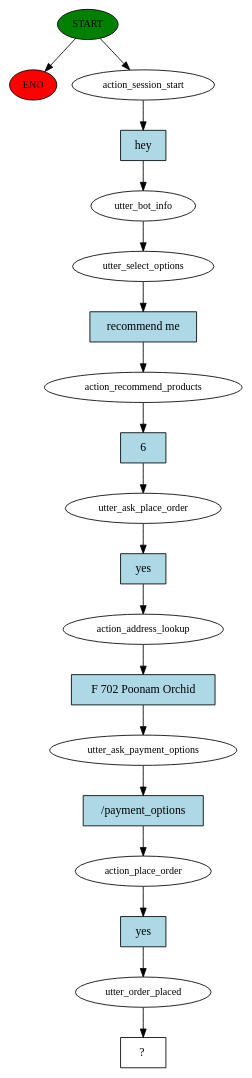
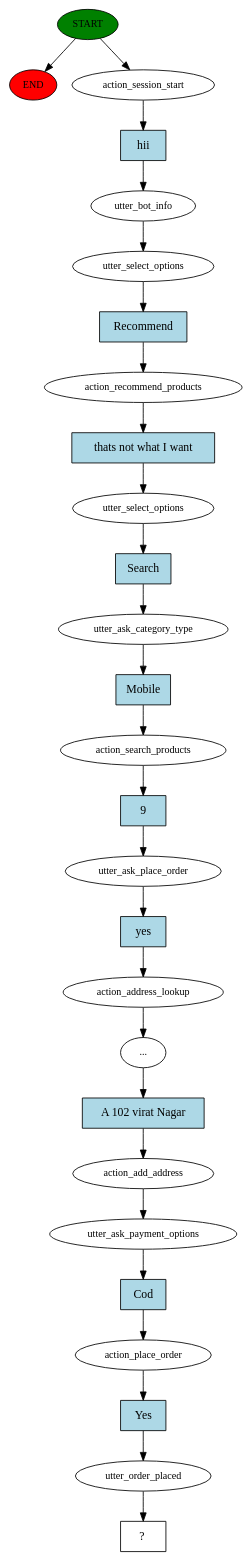
Before and after one commit to hrushikesh009/ChatBot: the diagram in story_graph.dot, drawn with Graphviz. The commit also changed 8 other files, not shown here.

```diff
--- a/story_graph.dot
+++ b/story_graph.dot
@@ -1,39 +1,55 @@
 digraph  {
 0 [class="start active", fillcolor=green, fontsize=12, label=START, style=filled];
 "-1" [class=end, fillcolor=red, fontsize=12, label=END, style=filled];
 1 [class=active, fontsize=12, label=action_session_start];
 2 [class=active, fontsize=12, label=utter_bot_info];
 3 [class=active, fontsize=12, label=utter_select_options];
 4 [class=active, fontsize=12, label=action_recommend_products];
-5 [class=active, fontsize=12, label=utter_ask_place_order];
-6 [class=active, fontsize=12, label=action_address_lookup];
-7 [class=active, fontsize=12, label=utter_ask_payment_options];
-8 [class=active, fontsize=12, label=action_place_order];
-9 [class=active, fontsize=12, label=utter_order_placed];
-10 [class="intent dashed active", label="  ?  ", shape=rect];
-11 [class="intent active", fillcolor=lightblue, label=hey, shape=rect, style=filled];
-12 [class="intent active", fillcolor=lightblue, label="recommend me", shape=rect, style=filled];
-13 [class="intent active", fillcolor=lightblue, label=6, shape=rect, style=filled];
-14 [class="intent active", fillcolor=lightblue, label=yes, shape=rect, style=filled];
-15 [class="intent active", fillcolor=lightblue, label="F 702 Poonam Orchid", shape=rect, style=filled];
-16 [class="intent active", fillcolor=lightblue, label="/payment_options", shape=rect, style=filled];
-17 [class="intent active", fillcolor=lightblue, label=yes, shape=rect, style=filled];
+5 [class=active, fontsize=12, label=utter_select_options];
+6 [class=active, fontsize=12, label=utter_ask_category_type];
+7 [class=active, fontsize=12, label=action_search_products];
+8 [class=active, fontsize=12, label=utter_ask_place_order];
+9 [class=active, fontsize=12, label=action_address_lookup];
+10 [class=active, fontsize=12, label="..."];
+11 [class=active, fontsize=12, label=action_add_address];
+12 [class=active, fontsize=12, label=utter_ask_payment_options];
+13 [class=active, fontsize=12, label=action_place_order];
+14 [class=active, fontsize=12, label=utter_order_placed];
+15 [class="intent dashed active", label="  ?  ", shape=rect];
+16 [class="intent active", fillcolor=lightblue, label=hii, shape=rect, style=filled];
+17 [class="intent active", fillcolor=lightblue, label=Recommend, shape=rect, style=filled];
+18 [class="intent active", fillcolor=lightblue, label="thats not what I want", shape=rect, style=filled];
+19 [class="intent active", fillcolor=lightblue, label=Search, shape=rect, style=filled];
+20 [class="intent active", fillcolor=lightblue, label=Mobile, shape=rect, style=filled];
+21 [class="intent active", fillcolor=lightblue, label=9, shape=rect, style=filled];
+22 [class="intent active", fillcolor=lightblue, label=yes, shape=rect, style=filled];
+23 [class="intent active", fillcolor=lightblue, label="A 102 virat Nagar", shape=rect, style=filled];
+24 [class="intent active", fillcolor=lightblue, label=Cod, shape=rect, style=filled];
+25 [class="intent active", fillcolor=lightblue, label=Yes, shape=rect, style=filled];
 0 -> "-1"  [class="", key=NONE, label=""];
 0 -> 1  [class=active, key=NONE, label=""];
-1 -> 11  [class=active, key=0];
+1 -> 16  [class=active, key=0];
 2 -> 3  [class=active, key=NONE, label=""];
-3 -> 12  [class=active, key=0];
-4 -> 13  [class=active, key=0];
-5 -> 14  [class=active, key=0];
-6 -> 15  [class=active, key=0];
-7 -> 16  [class=active, key=0];
-8 -> 17  [class=active, key=0];
+3 -> 17  [class=active, key=0];
+4 -> 18  [class=active, key=0];
+5 -> 19  [class=active, key=0];
+6 -> 20  [class=active, key=0];
+7 -> 21  [class=active, key=0];
+8 -> 22  [class=active, key=0];
 9 -> 10  [class=active, key=NONE, label=""];
-11 -> 2  [class=active, key=0];
-12 -> 4  [class=active, key=0];
-13 -> 5  [class=active, key=0];
-14 -> 6  [class=active, key=0];
-15 -> 7  [class=active, key=0];
-16 -> 8  [class=active, key=0];
-17 -> 9  [class=active, key=0];
+10 -> 23  [class=active, key=0];
+11 -> 12  [class=active, key=NONE, label=""];
+12 -> 24  [class=active, key=0];
+13 -> 25  [class=active, key=0];
+14 -> 15  [class=active, key=NONE, label=""];
+16 -> 2  [class=active, key=0];
+17 -> 4  [class=active, key=0];
+18 -> 5  [class=active, key=0];
+19 -> 6  [class=active, key=0];
+20 -> 7  [class=active, key=0];
+21 -> 8  [class=active, key=0];
+22 -> 9  [class=active, key=0];
+23 -> 11  [class=active, key=0];
+24 -> 13  [class=active, key=0];
+25 -> 14  [class=active, key=0];
 }
```
